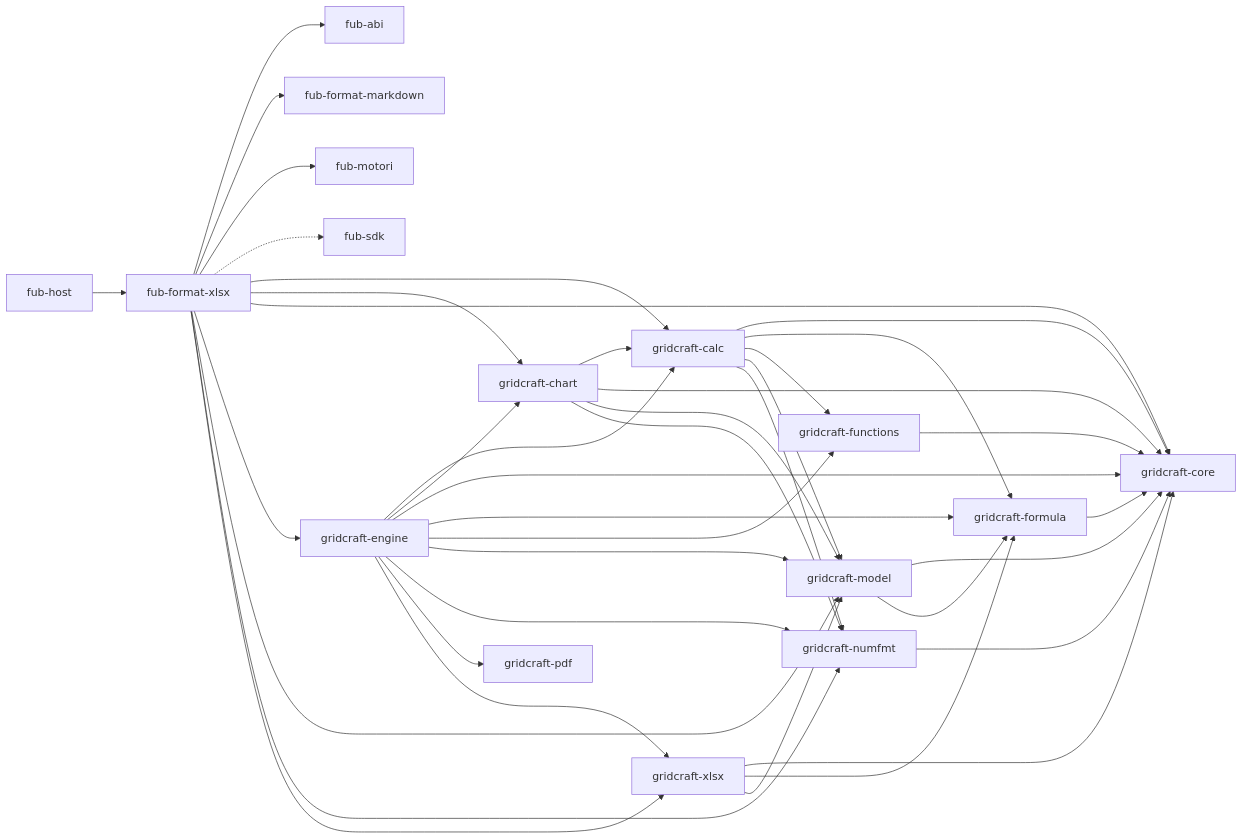
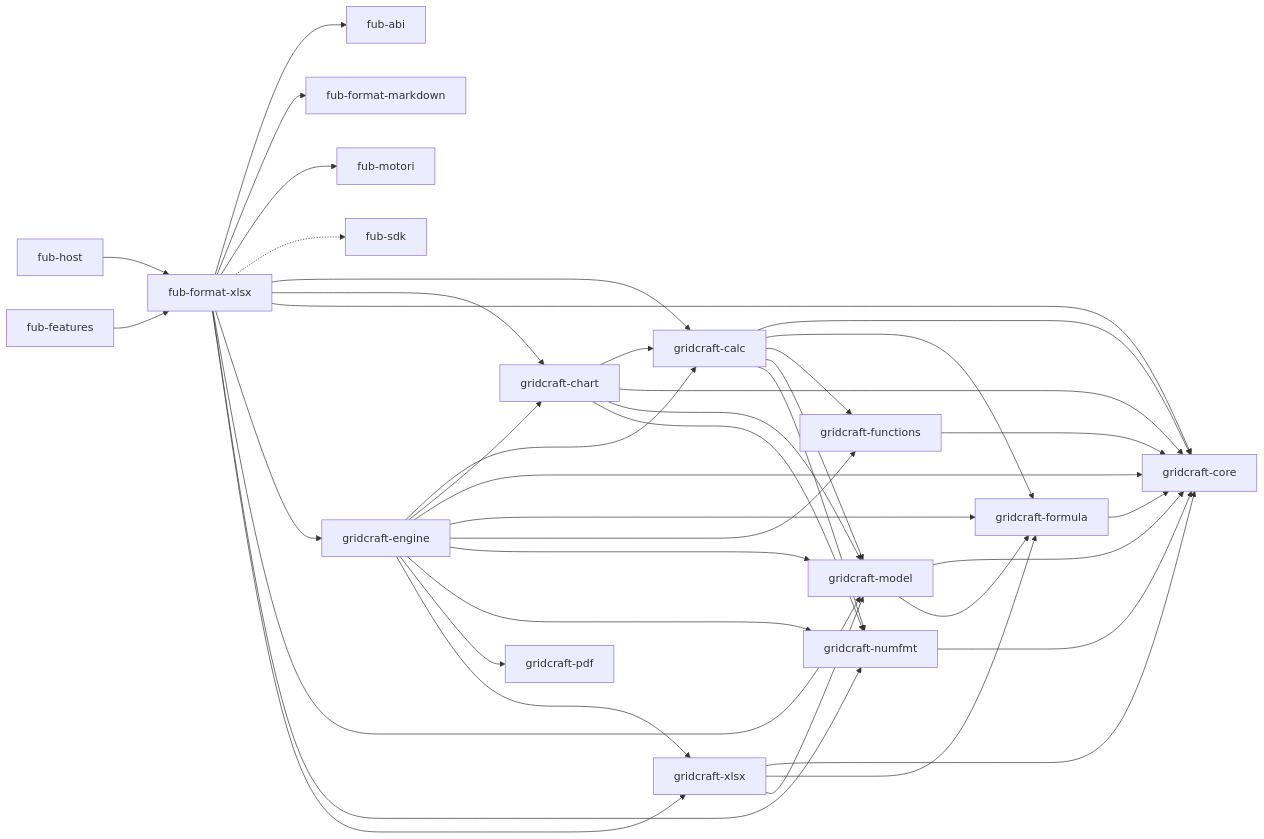
Before and after one commit to Fubeo/Fub: the third of 6 diagrams in docs/architecture/overview.md, drawn with Mermaid. The commit also changed other lines of this file and 10 other files, not shown here.

````diff
--- a/docs/architecture/overview.md
+++ b/docs/architecture/overview.md
@@ -167,61 +171,63 @@
 ```mermaid
 flowchart LR
     %% @grafo-dipendenze
     %% Il seguito del grafo: fub-format-xlsx e i crate di GridCraft.
 
     host["fub-host"]
     abi["fub-abi"]
     markdown["fub-format-markdown"]
     sdk["fub-sdk"]
     motori["fub-motori"]
     xlsx["fub-format-xlsx"]
+    features["fub-features"]
     gcalc["gridcraft-calc"]
     gchart["gridcraft-chart"]
     gcore["gridcraft-core"]
     gengine["gridcraft-engine"]
     gformula["gridcraft-formula"]
     gfunctions["gridcraft-functions"]
     gnumfmt["gridcraft-numfmt"]
     gmodel["gridcraft-model"]
     gpdf["gridcraft-pdf"]
     gxlsx["gridcraft-xlsx"]
 
     host --> xlsx
+    features --> xlsx
     xlsx --> abi
     xlsx --> markdown
     xlsx --> motori
     xlsx -.-> sdk
     xlsx --> gcalc
     xlsx --> gchart
     xlsx --> gcore
     xlsx --> gengine
     xlsx --> gmodel
     xlsx --> gnumfmt
     xlsx --> gxlsx
     gcalc --> gcore
     gcalc --> gformula
     gcalc --> gfunctions
     gcalc --> gmodel
     gcalc --> gnumfmt
     gchart --> gcalc
     gchart --> gcore
     gchart --> gmodel
     gchart --> gnumfmt
     gengine --> gcalc
     gengine --> gchart
     gengine --> gcore
     gengine --> gformula
     gengine --> gfunctions
     gengine --> gmodel
     gengine --> gnumfmt
     gengine --> gpdf
     gengine --> gxlsx
     gformula --> gcore
     gfunctions --> gcore
     gmodel --> gcore
     gmodel --> gformula
     gnumfmt --> gcore
     gxlsx --> gcore
     gxlsx --> gformula
     gxlsx --> gmodel
 ```
````
